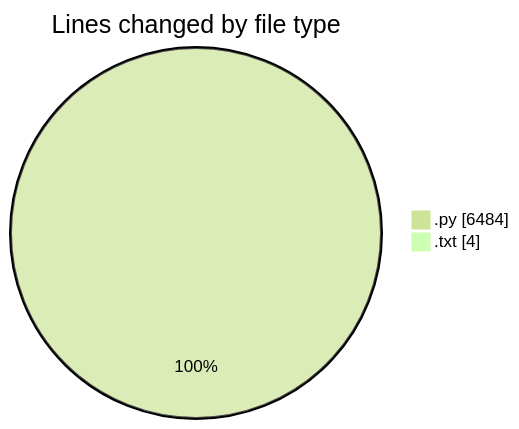
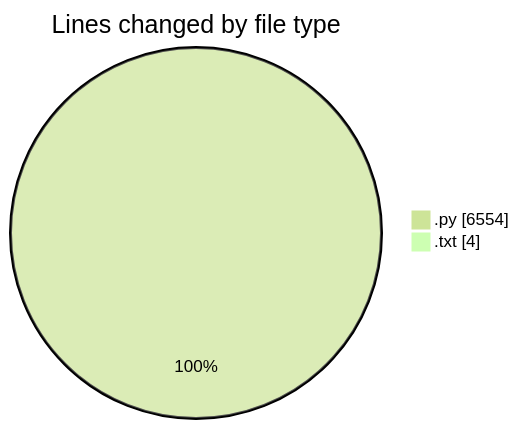
One commit to CELIANVF/code-tracking changed the first of 2 diagrams in 2025-06-01/video_app/README.md. Above: the diagram before and after it, drawn with Mermaid (forest theme). The commit also changed other lines of this file and 1 other file, not shown here.

````diff
--- a/2025-06-01/video_app/README.md
+++ b/2025-06-01/video_app/README.md
@@ -29,6 +29,6 @@
 ```mermaid
 pie showData
 title Lines changed by file type
-".py" : 6484
+".py" : 6554
 ".txt" : 4
 ```
````
